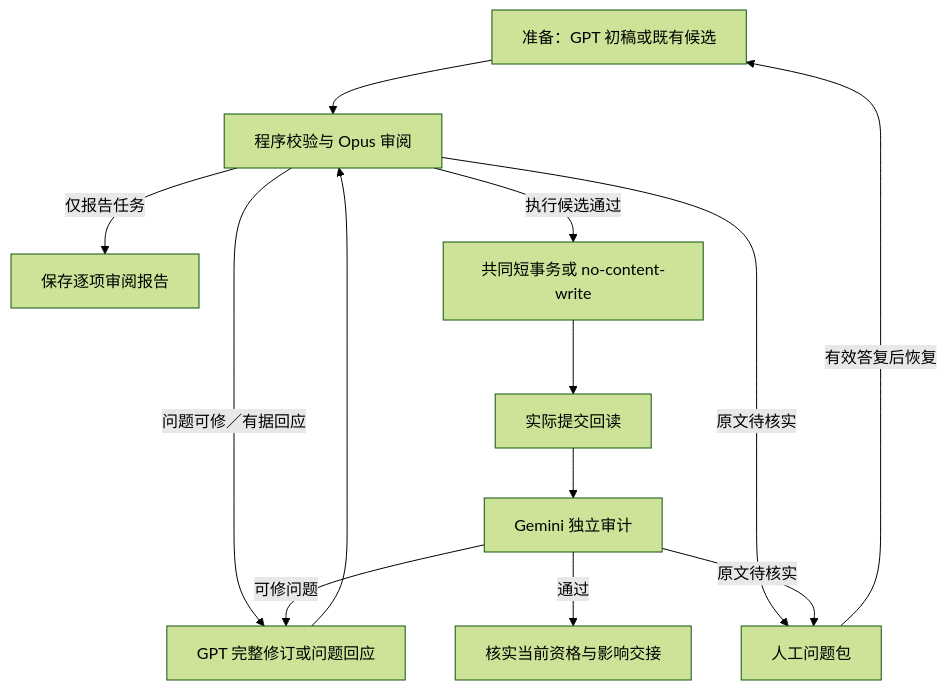
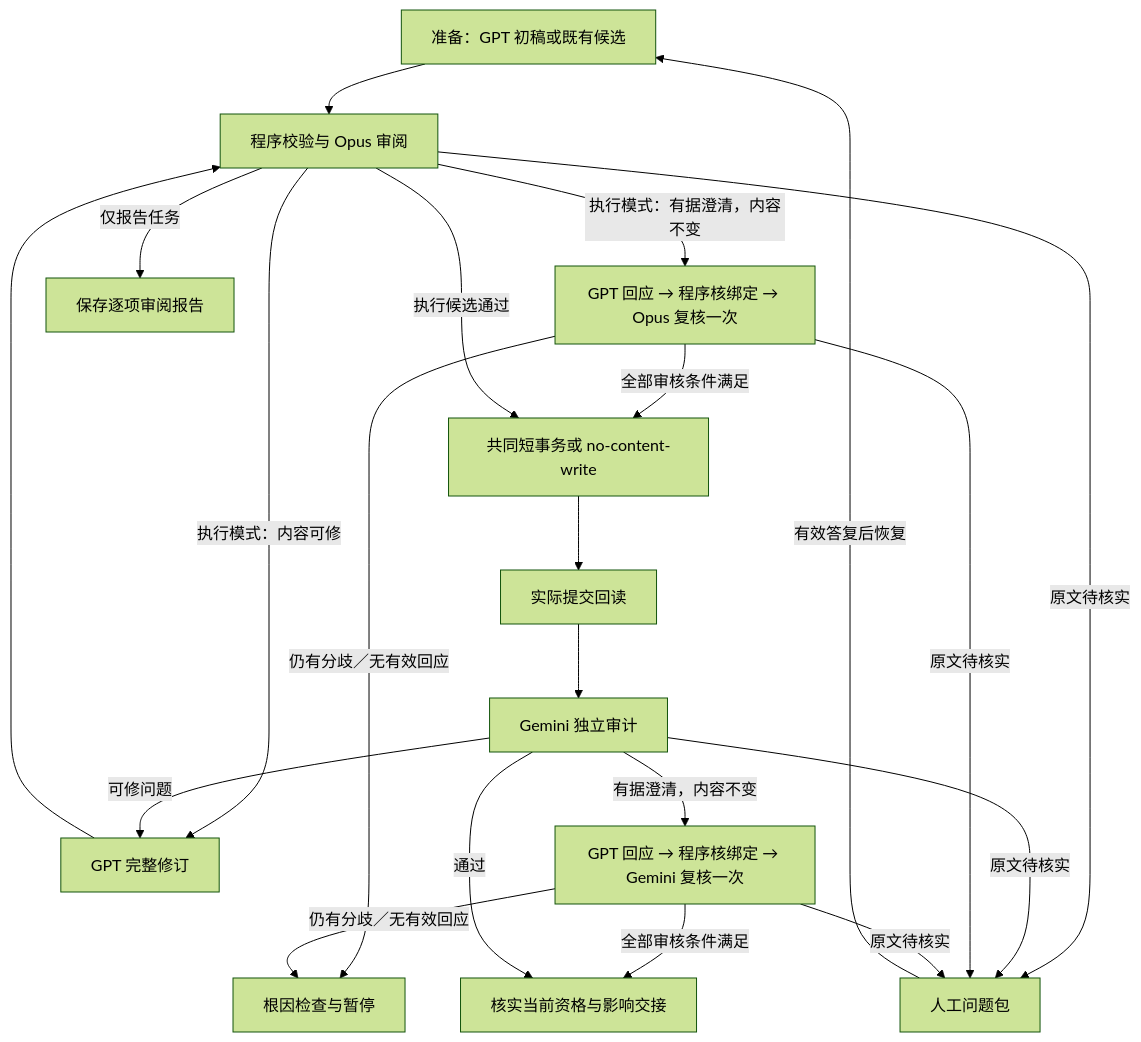
The diagram in docs/wang-knowledge-platform/20-knowledge/claim_management_2_design.md (junyang168/smart-answer), drawn with Mermaid (forest theme) before and after one commit. The commit also changed other lines of this file, not shown here.

Commit message:
docs: close reviewer clarification paths in Claim lifecycle

````diff
--- a/docs/wang-knowledge-platform/20-knowledge/claim_management_2_design.md
+++ b/docs/wang-knowledge-platform/20-knowledge/claim_management_2_design.md
@@ -162,15 +162,23 @@
 ```mermaid
 flowchart TD
     INPUT["准备：GPT 初稿或既有候选"] --> REVIEW["程序校验与 Opus 审阅"]
-    REVIEW -->|"问题可修／有据回应"| RESPONSE["GPT 完整修订或问题回应"]
+    REVIEW -->|"执行模式：内容可修"| RESPONSE["GPT 完整修订"]
     RESPONSE --> REVIEW
+    REVIEW -->|"执行模式：有据澄清，内容不变"| OPUS_CLARIFY["GPT 回应 → 程序核绑定 → Opus 复核一次"]
+    OPUS_CLARIFY -->|"全部审核条件满足"| APPLY
+    OPUS_CLARIFY -->|"仍有分歧／无有效回应"| PAUSE["根因检查与暂停"]
     REVIEW -->|"仅报告任务"| REPORT["保存逐项审阅报告"]
     REVIEW -->|"执行候选通过"| APPLY["共同短事务或 no-content-write"]
     APPLY --> READBACK["实际提交回读"]
     READBACK --> AUDIT["Gemini 独立审计"]
     AUDIT -->|"可修问题"| RESPONSE
+    AUDIT -->|"有据澄清，内容不变"| GEMINI_CLARIFY["GPT 回应 → 程序核绑定 → Gemini 复核一次"]
+    GEMINI_CLARIFY -->|"全部审核条件满足"| COMPLETE
+    GEMINI_CLARIFY -->|"仍有分歧／无有效回应"| PAUSE
     AUDIT -->|"通过"| COMPLETE["核实当前资格与影响交接"]
     REVIEW -->|"原文待核实"| HUMAN["人工问题包"]
     AUDIT -->|"原文待核实"| HUMAN
+    OPUS_CLARIFY -->|"原文待核实"| HUMAN
+    GEMINI_CLARIFY -->|"原文待核实"| HUMAN
     HUMAN -->|"有效答复后恢复"| INPUT
 ```
````
